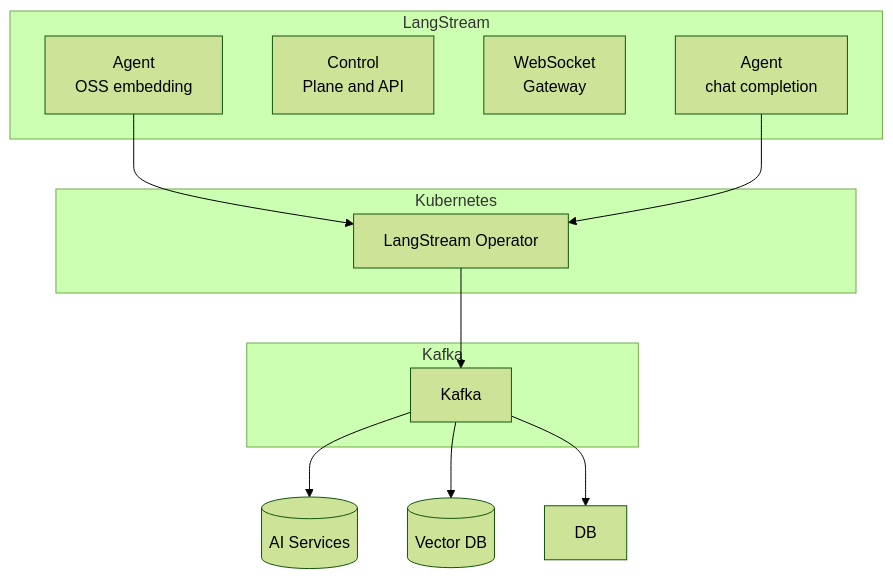
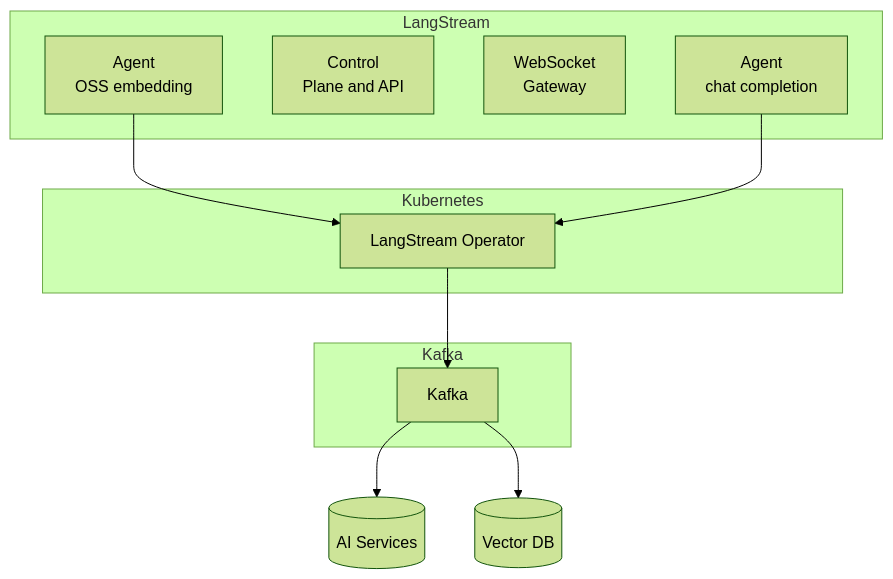
One commit to LangStream/documentation changed the diagram in README.md. Above: the diagram before and after it, drawn with Mermaid (forest theme).

Commit message:
removedb

````diff
--- a/README.md
+++ b/README.md
@@ -36,34 +36,33 @@
 ```mermaid
 flowchart TD
 
     %% LangStream
     subgraph "LangStream"
         A1["Agent\nOSS embedding"]
         C["Control\nPlane and API"]
         W["WebSocket\nGateway"]
         A2["Agent\nchat completion"]
 
     end
 
     %% Kubernetes
     subgraph "Kubernetes"
         LO["LangStream Operator"]
     end
 
     %% Kafka
     subgraph "Kafka"
         K["Kafka"]
     end
 
     %% Connections between LangStream, Kubernetes, and Kafka
     A1 --> LO
     A2 --> LO
     LO --> K
     K --> AIS
     K --> VDB
-    K --> DB
 
     %% AI Services, Vector DB, and DB
     AIS[(AI Services)]
     VDB[(Vector DB)]
 ```
````
